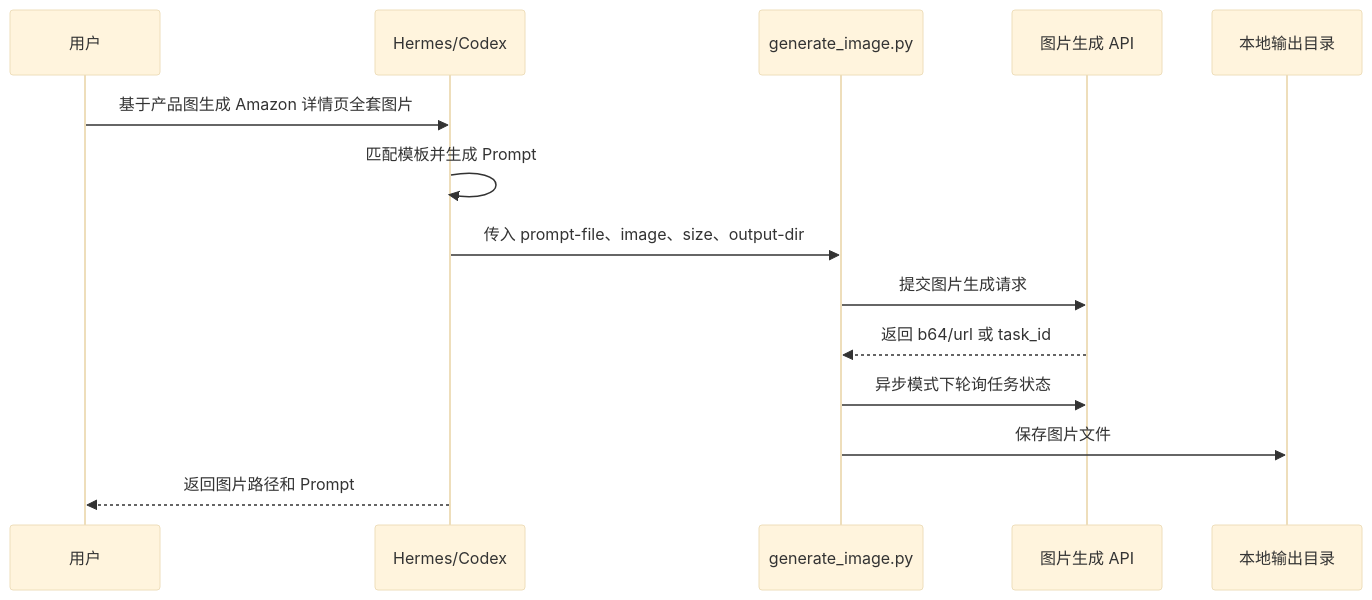
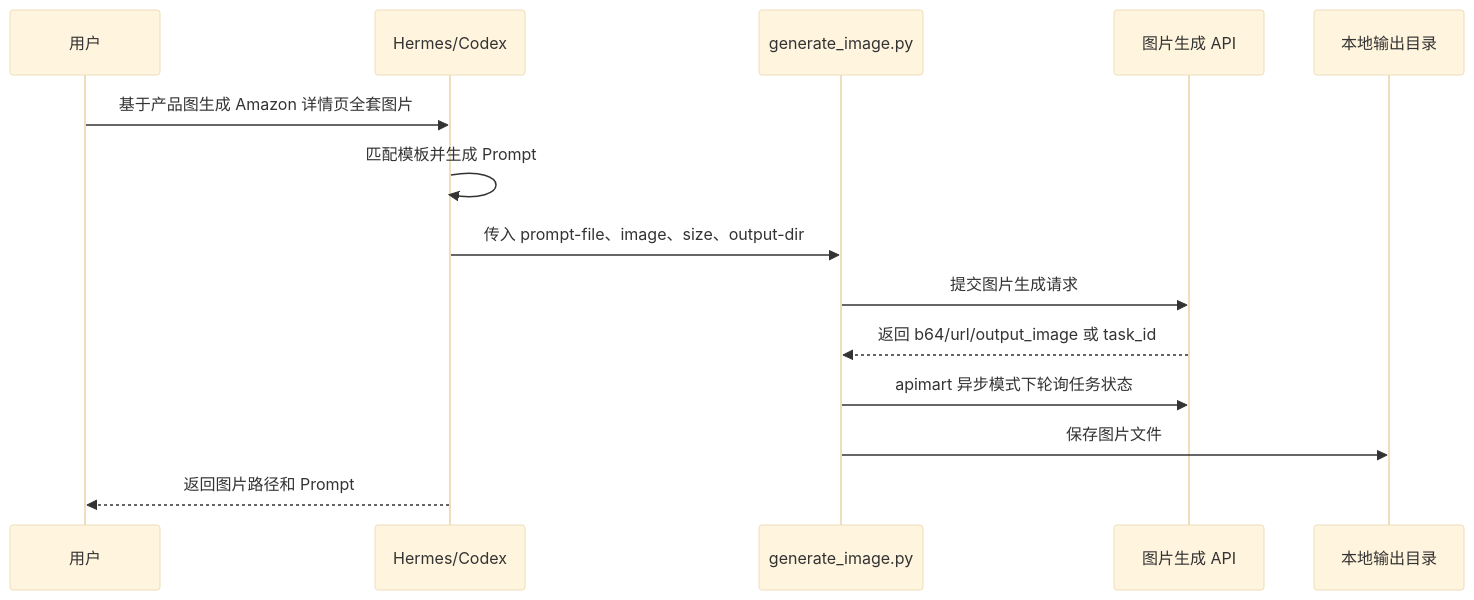
The third of 5 diagrams in skills/ecom-details-image/README.md (liunina/hermes-skills), drawn with Mermaid (base theme) before and after one commit. The commit also changed other lines of this file and 8 other files, not shown here.

Commit message:
优化电商图片 skill 支持 OpenAI 和 Gemini

````diff
--- a/skills/ecom-details-image/README.md
+++ b/skills/ecom-details-image/README.md
@@ -102,17 +109,17 @@
 ```mermaid
 sequenceDiagram
     participant User as 用户
     participant Agent as Hermes/Codex
     participant Script as generate_image.py
     participant API as 图片生成 API
     participant Disk as 本地输出目录
 
     User->>Agent: 基于产品图生成 Amazon 详情页全套图片
     Agent->>Agent: 匹配模板并生成 Prompt
     Agent->>Script: 传入 prompt-file、image、size、output-dir
     Script->>API: 提交图片生成请求
-    API-->>Script: 返回 b64/url 或 task_id
-    Script->>API: 异步模式下轮询任务状态
+    API-->>Script: 返回 b64/url/output_image 或 task_id
+    Script->>API: apimart 异步模式下轮询任务状态
     Script->>Disk: 保存图片文件
     Agent-->>User: 返回图片路径和 Prompt
 ```
````
